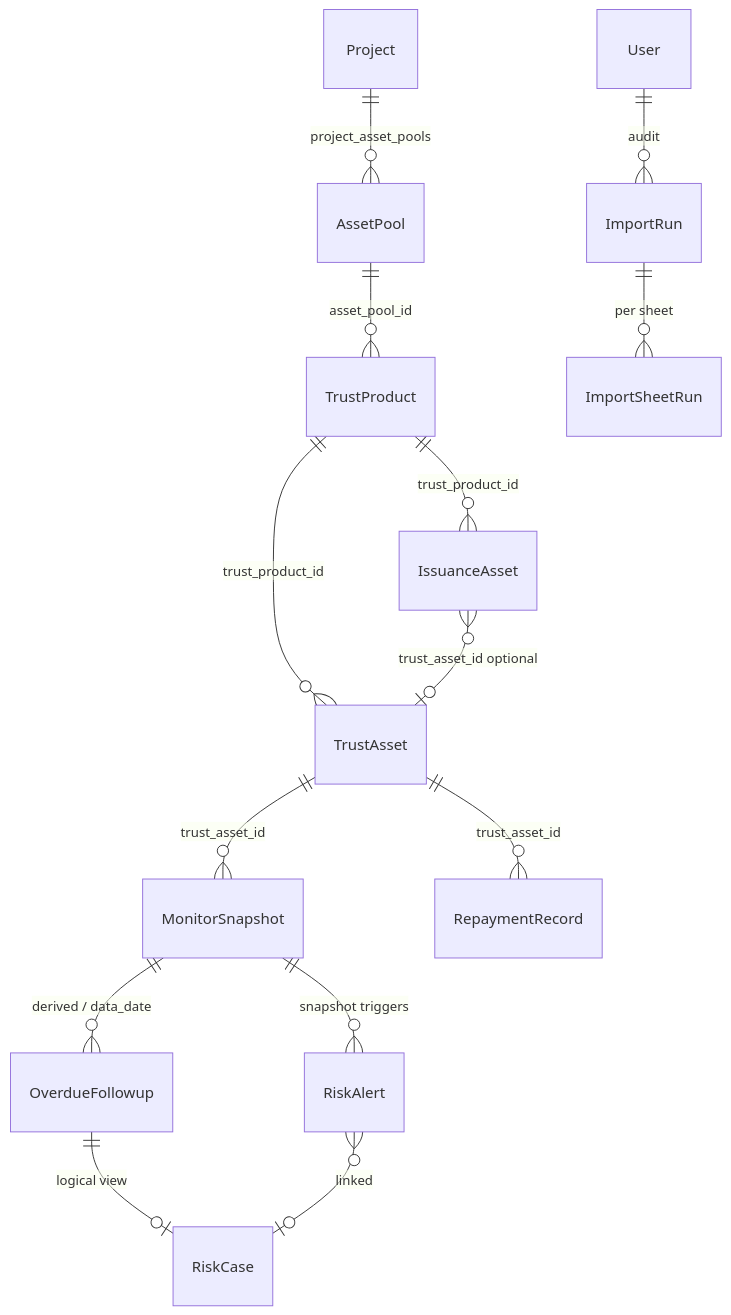
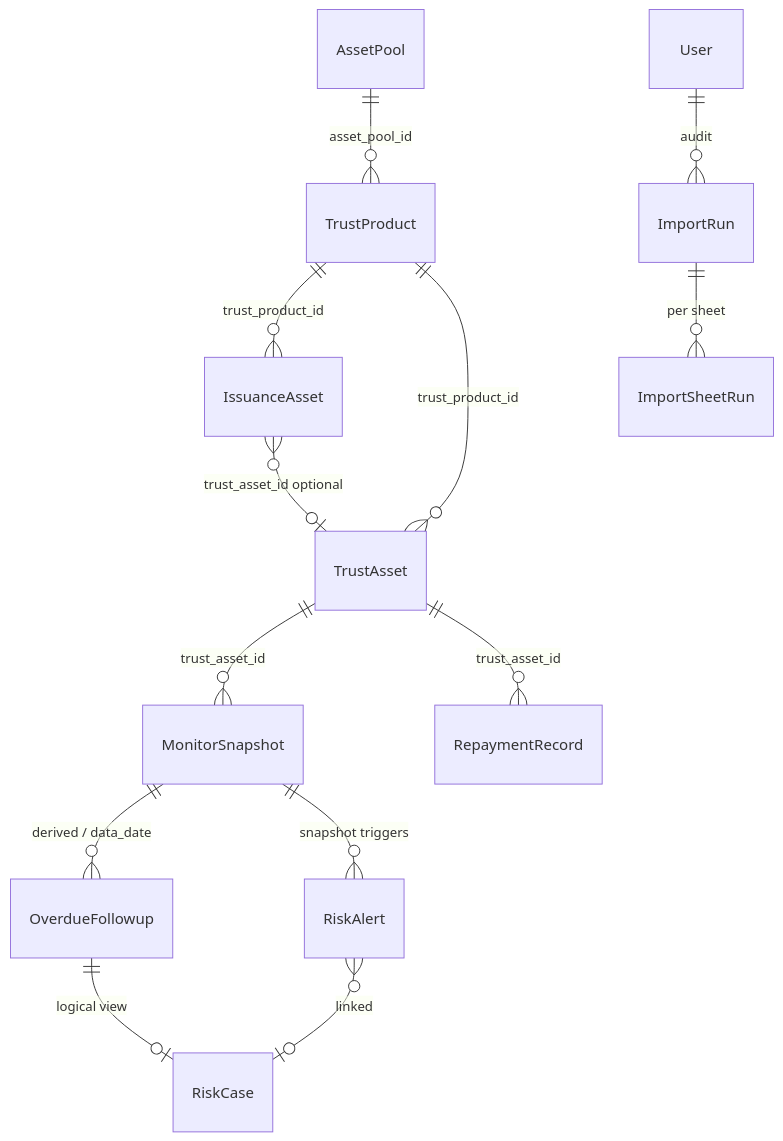
One commit to waterattraction/realestate-platform changed the diagram in docs/architecture/domain_model.md. Above: the diagram before and after it, drawn with Mermaid. The commit also changed other lines of this file and 32 other files, not shown here.

````diff
--- a/docs/architecture/domain_model.md
+++ b/docs/architecture/domain_model.md
@@ -13,16 +13,15 @@
 ```mermaid
 erDiagram
-    Project ||--o{ AssetPool : "project_asset_pools"
     AssetPool ||--o{ TrustProduct : "asset_pool_id"
     TrustProduct ||--o{ IssuanceAsset : "trust_product_id"
     TrustProduct ||--o{ TrustAsset : "trust_product_id"
     IssuanceAsset }o--o| TrustAsset : "trust_asset_id optional"
     TrustAsset ||--o{ MonitorSnapshot : "trust_asset_id"
     TrustAsset ||--o{ RepaymentRecord : "trust_asset_id"
     MonitorSnapshot ||--o{ OverdueFollowup : "derived / data_date"
     MonitorSnapshot ||--o{ RiskAlert : "snapshot triggers"
     OverdueFollowup ||--o| RiskCase : "logical view"
     RiskAlert }o--o| RiskCase : "linked"
     User ||--o{ ImportRun : "audit"
     ImportRun ||--o{ ImportSheetRun : "per sheet"
 ```
````
